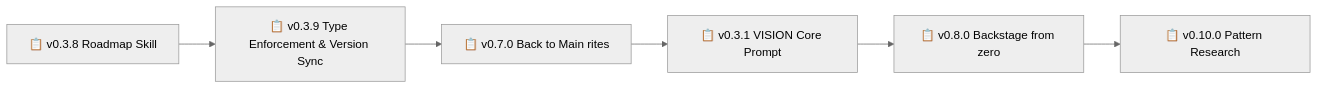
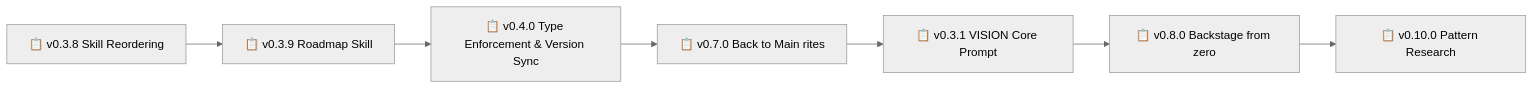
One commit to nonlinear/backstage changed the diagram in backstage/ROADMAP.md. Above: the diagram before and after it, drawn with Mermaid (neutral theme). The commit also changed other lines of this file, not shown here.

Commit message:
Rename v0.3.8 to Skill Reordering, move Roadmap Skill to v0.3.9, renumber

````diff
--- a/backstage/ROADMAP.md
+++ b/backstage/ROADMAP.md
@@ -15,14 +15,16 @@
 ```mermaid
 graph LR
-    A[📋 v0.3.8 Roadmap Skill]
-    B[📋 v0.3.9 Type Enforcement & Version Sync]
+    A[📋 v0.3.8 Skill Reordering]
+    B[📋 v0.3.9 Roadmap Skill]
     A --> B
-    C[📋 v0.7.0 Back to Main rites]
+    C[📋 v0.4.0 Type Enforcement & Version Sync]
     B --> C
-    D[📋 v0.3.1 VISION Core Prompt]
+    D[📋 v0.7.0 Back to Main rites]
     C --> D
-    E[📋 v0.8.0 Backstage from zero]
+    E[📋 v0.3.1 VISION Core Prompt]
     D --> E
-    F[📋 v0.10.0 Pattern Research]
+    F[📋 v0.8.0 Backstage from zero]
     E --> F
+    G[📋 v0.10.0 Pattern Research]
+    F --> G
 ```
````
